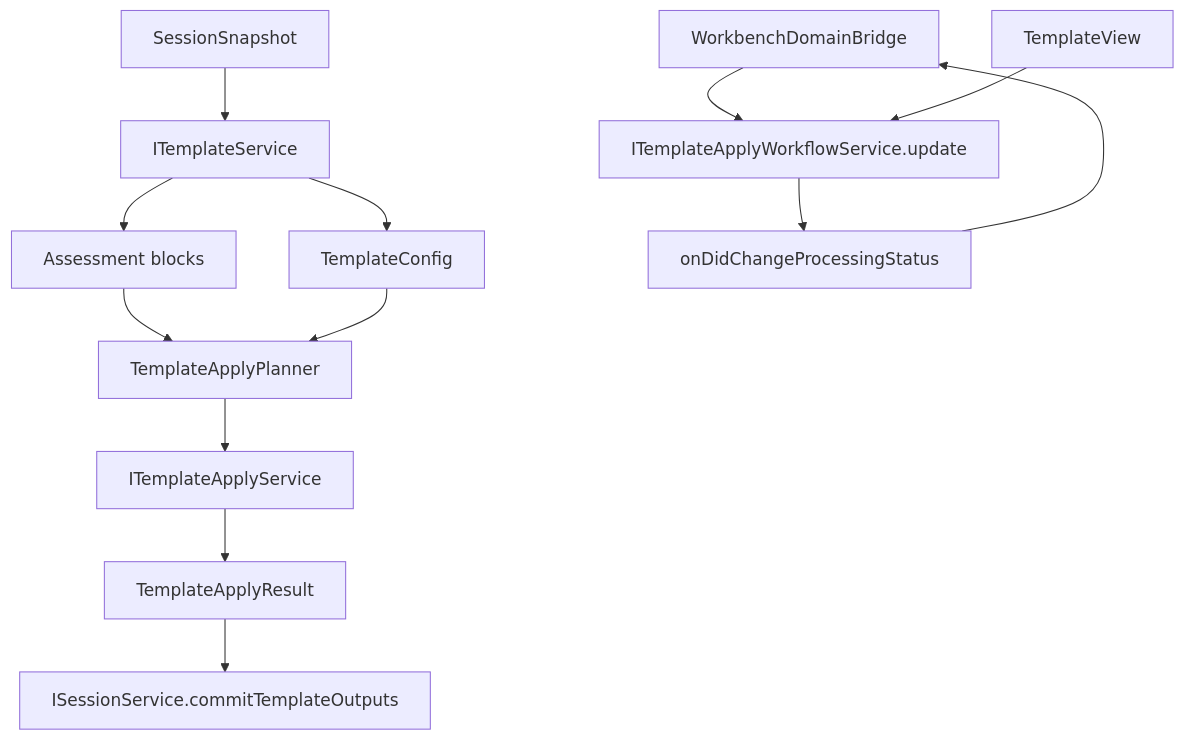
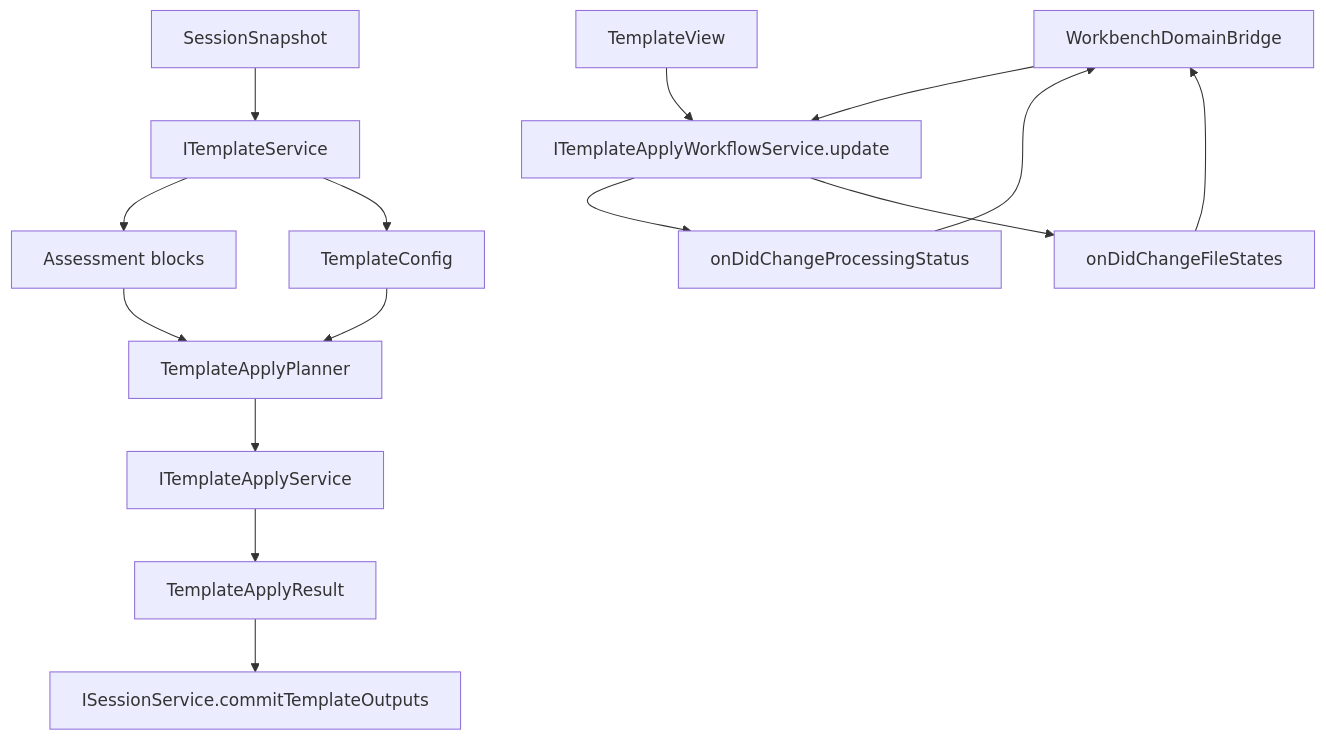
One commit to chogng/conductor changed the diagram in .github/instructions/template.instructions.md. Above: the diagram before and after it, drawn with Mermaid. The commit also changed other lines of this file and 16 other files, not shown here.

````diff
--- a/.github/instructions/template.instructions.md
+++ b/.github/instructions/template.instructions.md
@@ -71,15 +71,17 @@
 ```mermaid
 flowchart TD
     Snapshot[SessionSnapshot] --> Template[ITemplateService]
     Template --> Assessment[Assessment blocks]
     Template --> Config[TemplateConfig]
     DomainBridge[WorkbenchDomainBridge] --> Workflow[ITemplateApplyWorkflowService.update]
     TemplateView --> Workflow
     Assessment --> Planner[TemplateApplyPlanner]
     Config --> Planner
     Planner --> Worker[ITemplateApplyService]
     Worker --> Result[TemplateApplyResult]
     Result --> Commit[ISessionService.commitTemplateOutputs]
     Workflow --> Status[onDidChangeProcessingStatus]
+    Workflow --> FileStates[onDidChangeFileStates]
     Status --> DomainBridge
+    FileStates --> DomainBridge
 ```
````
